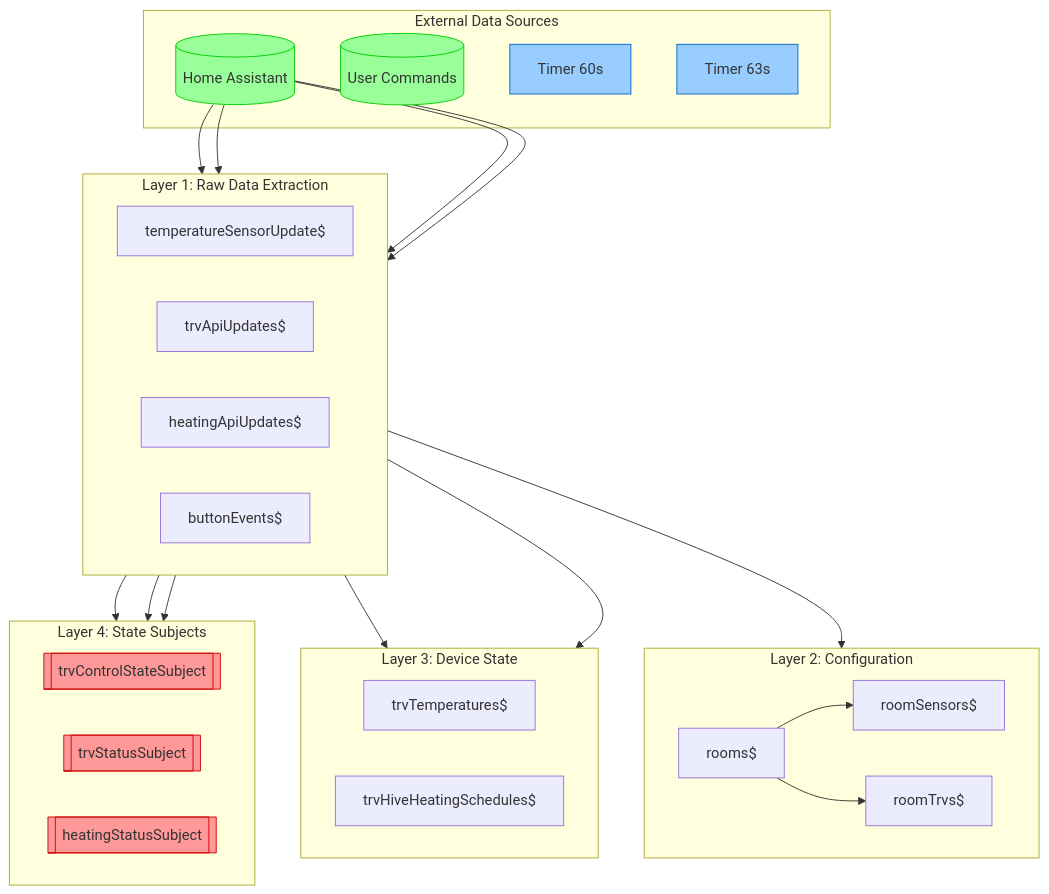
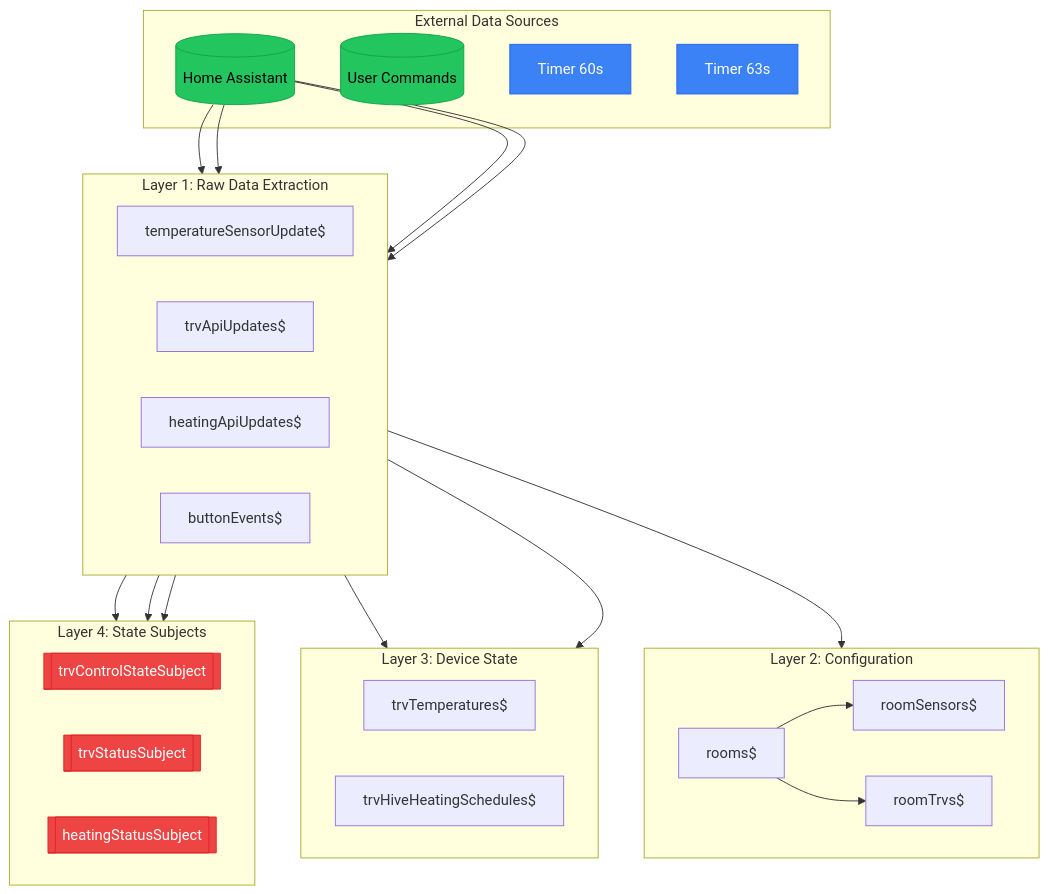
One commit to GraemeF/home-automation changed the diagram in packages/deep-heating-rx/docs/data-flow-input.md. Above: the diagram before and after it, drawn with Mermaid. The commit also changed 4 other files, not shown here.

First line of the commit message:
fix: use high contrast colours for mermaid diagrams

````diff
--- a/packages/deep-heating-rx/docs/data-flow-input.md
+++ b/packages/deep-heating-rx/docs/data-flow-input.md
@@ -9,68 +9,68 @@
 ```mermaid
 flowchart TB
     subgraph External["External Data Sources"]
         HA[("Home Assistant")]
         User[("User Commands")]
         Timer60["Timer 60s"]
         Timer63["Timer 63s"]
     end
 
     subgraph Layer1["Layer 1: Raw Data Extraction"]
         direction LR
         TempSensor["temperatureSensorUpdate$"]
         TrvApi["trvApiUpdates$"]
         HeatingApi["heatingApiUpdates$"]
         ButtonEvents["buttonEvents$"]
     end
 
     subgraph Layer2["Layer 2: Configuration"]
         direction LR
         Rooms["rooms$"]
         RoomSensors["roomSensors$"]
         RoomTrvs["roomTrvs$"]
     end
 
     subgraph Layer3["Layer 3: Device State"]
         direction LR
         TrvTemps["trvTemperatures$"]
         TrvSchedules["trvHiveHeatingSchedules$"]
     end
 
     subgraph Layer4["Layer 4: State Subjects"]
         direction LR
         TrvControl[["trvControlStateSubject"]]
         TrvStatus[["trvStatusSubject"]]
         HeatingStatus[["heatingStatusSubject"]]
     end
 
     %% External to Layer 1
     HA --> TempSensor
     HA --> TrvApi
     HA --> HeatingApi
     HA --> ButtonEvents
 
     %% Layer 1 to Layer 2
     TrvApi --> Rooms
 
     %% Layer 2 internal
     Rooms --> RoomSensors
     Rooms --> RoomTrvs
 
     %% Layer 1 to Layer 3
     TrvApi --> TrvTemps
     TrvApi --> TrvSchedules
 
     %% Layer 1 to Layer 4
     TrvApi --> TrvControl
     TrvApi --> TrvStatus
     HeatingApi --> HeatingStatus
 
     %% Styling
-    classDef external fill:#99ff99,stroke:#00cc00
-    classDef subject fill:#ff9999,stroke:#cc0000
-    classDef timer fill:#99ccff,stroke:#0066cc
+    classDef external fill:#22c55e,stroke:#16a34a,color:#000
+    classDef subject fill:#ef4444,stroke:#dc2626,color:#fff
+    classDef timer fill:#3b82f6,stroke:#2563eb,color:#fff
 
     class HA,User external
     class Timer60,Timer63 timer
     class TrvControl,TrvStatus,HeatingStatus subject
 ```
````
